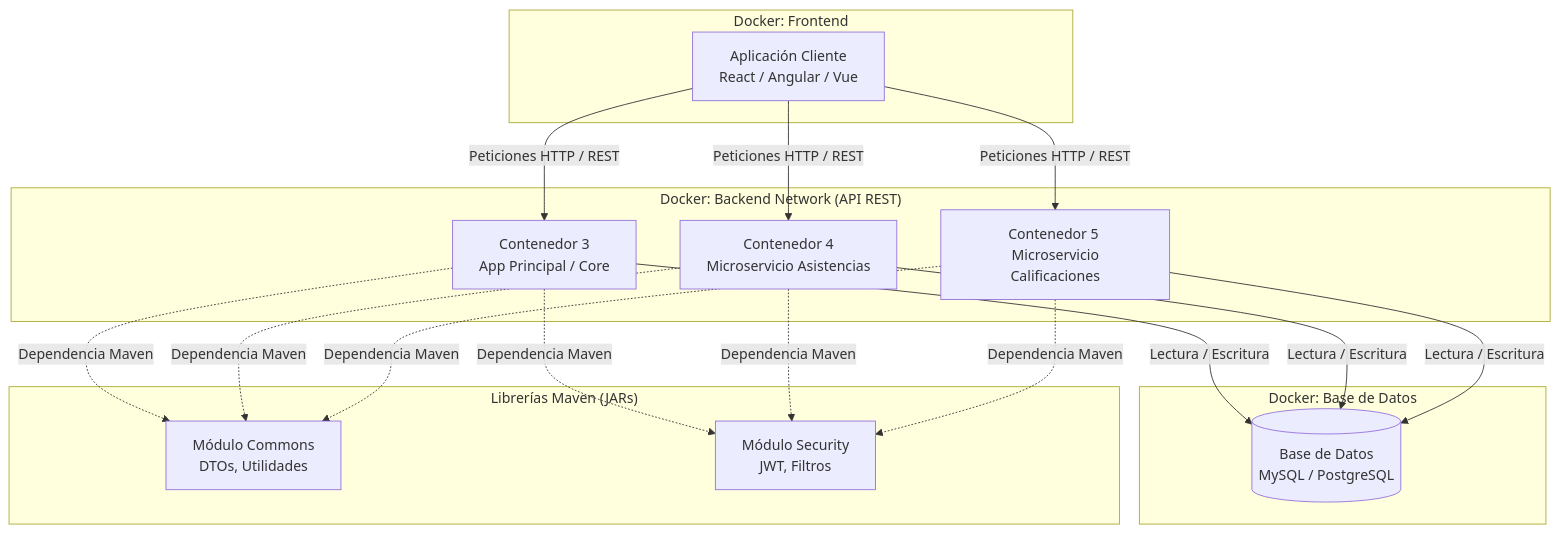
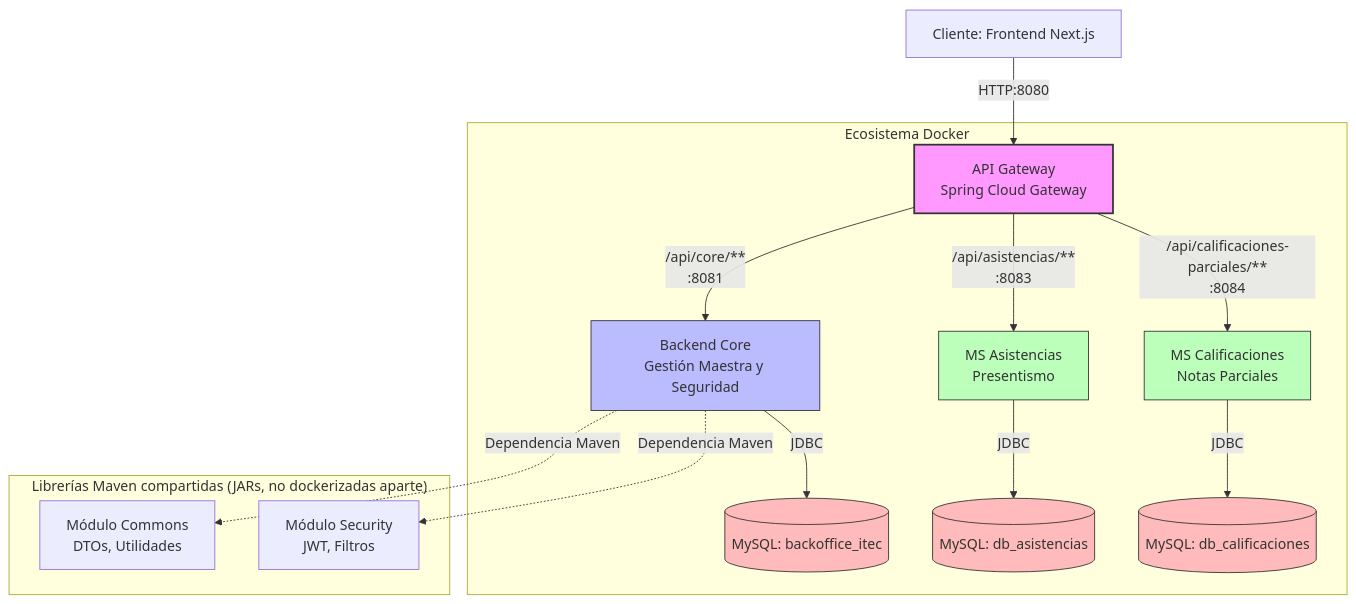
One commit to JuancaSterba/web-2026-itec changed the first of 2 diagrams in docs/Diagrama_Arquitectura.md. Above: the diagram before and after it, drawn with Mermaid. The commit also changed other lines of this file and 9 other files, not shown here.

````diff
--- a/docs/Diagrama_Arquitectura.md
+++ b/docs/Diagrama_Arquitectura.md
@@ -5,44 +9,32 @@
 ```mermaid
 graph TD
-    %% Contenedores de Frontend y Base de Datos
-    subgraph "Docker: Frontend"
-        UI[Aplicación Cliente <br> React / Angular / Vue]
+    Client[Cliente: Frontend Next.js] -->|HTTP:8080| Gateway[API Gateway<br/>Spring Cloud Gateway]
+
+    subgraph "Ecosistema Docker"
+        Gateway -->|/api/core/**<br/>:8081| Core[Backend Core<br/>Gestión Maestra y Seguridad]
+        Gateway -->|/api/asistencias/**<br/>:8083| Asistencias[MS Asistencias<br/>Presentismo]
+        Gateway -->|/api/calificaciones-parciales/**<br/>:8084| Notas[MS Calificaciones<br/>Notas Parciales]
+
+        Core -->|JDBC| DBCore[(MySQL: backoffice_itec)]
+        Asistencias -->|JDBC| DBAsistencias[(MySQL: db_asistencias)]
+        Notas -->|JDBC| DBNotas[(MySQL: db_calificaciones)]
     end
 
-    subgraph "Docker: Base de Datos"
-        DB[(Base de Datos <br> MySQL / PostgreSQL)]
+    subgraph "Librerías Maven compartidas (JARs, no dockerizadas aparte)"
+        Commons[Módulo Commons<br/>DTOs, Utilidades]
+        Security[Módulo Security<br/>JWT, Filtros]
     end
 
-    %% Red interna del Backend
-    subgraph "Docker: Backend Network (API REST)"
-        Core[Contenedor 3 <br> App Principal / Core]
-        MS_Asistencias[Contenedor 4 <br> Microservicio Asistencias]
-        MS_Calificaciones[Contenedor 5 <br> Microservicio Calificaciones]
-    end
-
-    %% Librerías compartidas (No dockerizadas independientemente)
-    subgraph "Librerías Maven (JARs)"
-        Commons[Módulo Commons <br> DTOs, Utilidades]
-        Security[Módulo Security <br> JWT, Filtros]
-    end
-
-    %% Conexiones Cliente -> Backend
-    UI -->|Peticiones HTTP / REST| Core
-    UI -->|Peticiones HTTP / REST| MS_Asistencias
-    UI -->|Peticiones HTTP / REST| MS_Calificaciones
-
-    %% Conexiones Backend -> Base de Datos
-    Core -->|Lectura / Escritura| DB
-    MS_Asistencias -->|Lectura / Escritura| DB
-    MS_Calificaciones -->|Lectura / Escritura| DB
-
-    %% Inyección de dependencias Maven
     Core -.->|Dependencia Maven| Commons
     Core -.->|Dependencia Maven| Security
-    
-    MS_Asistencias -.->|Dependencia Maven| Commons
-    MS_Asistencias -.->|Dependencia Maven| Security
-    
-    MS_Calificaciones -.->|Dependencia Maven| Commons
-    MS_Calificaciones -.->|Dependencia Maven| Security
+
+    classDef gateway fill:#f9f,stroke:#333,stroke-width:2px;
+    classDef core fill:#bbf,stroke:#333,stroke-width:1px;
+    classDef ms fill:#bfb,stroke:#333,stroke-width:1px;
+    classDef db fill:#fbb,stroke:#333,stroke-width:1px;
+
+    class Gateway gateway;
+    class Core core;
+    class Asistencias,Notas ms;
+    class DBCore,DBAsistencias,DBNotas db;
 ```
````
